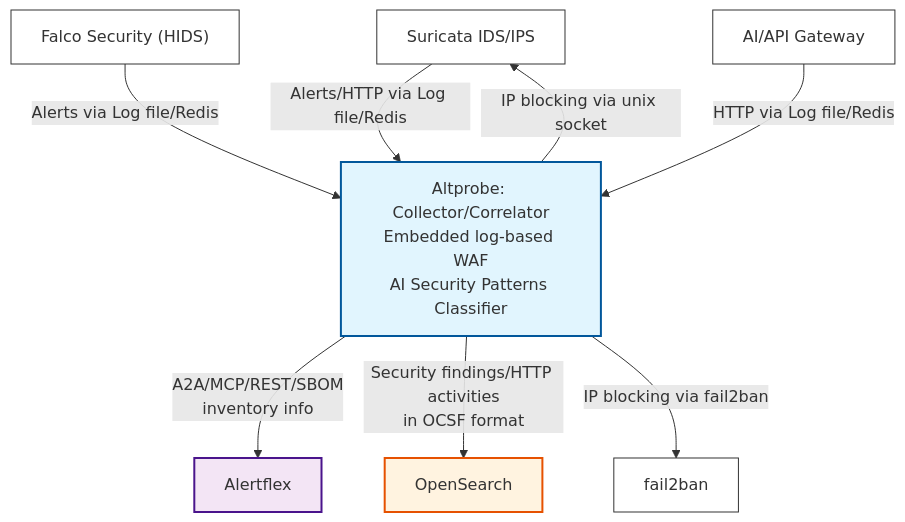
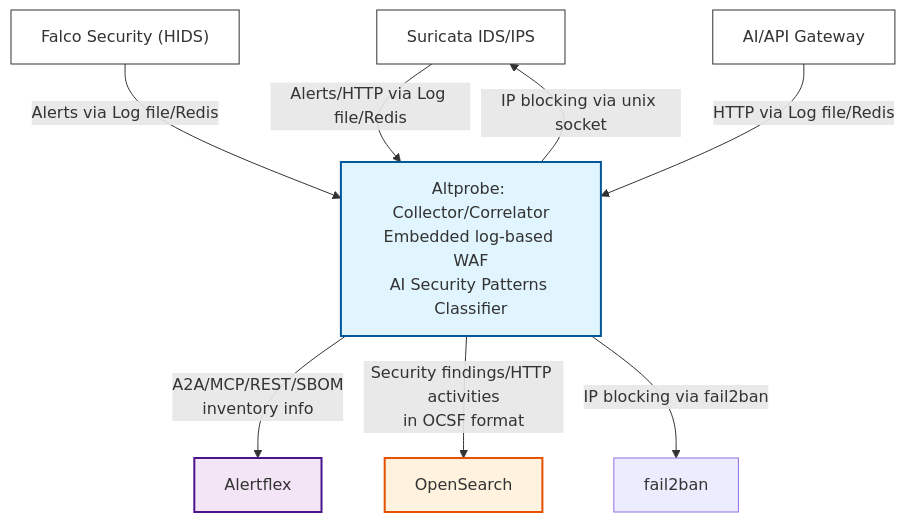
Before and after one commit to olegzhr/altprobe: the diagram in README.md, drawn with Mermaid. The commit also changed other lines of this file, not shown here.

````diff
--- a/README.md
+++ b/README.md
@@ -27,20 +27,19 @@
 ```mermaid
 flowchart TD
     NIDS["Suricata IDS/IPS"] -->|Alerts/HTTP via Log file/Redis| Altprobe
     HIDS["Falco Security (HIDS)"] -->|Alerts via Log file/Redis| Altprobe
     Proxy["AI/API Gateway"] -->|HTTP via Log file/Redis| Altprobe
 
     Altprobe["Altprobe: Collector/Correlator<br/>Embedded log-based WAF<br/>AI Security Patterns Classifier"] -->|A2A/MCP/REST/SBOM<br/> inventory info| Alertflex[Alertflex]
     Altprobe -->|Security findings/HTTP activities<br/>in OCSF format| OpenSearch[OpenSearch]
 
     Altprobe -->|IP blocking via unix socket| NIDS
     Altprobe -->|IP blocking via fail2ban| Fail2ban["fail2ban"]
 
     style NIDS fill:#ffffff,stroke:#333,stroke-width:1px
     style HIDS fill:#ffffff,stroke:#333,stroke-width:1px
     style Proxy fill:#ffffff,stroke:#333,stroke-width:1px
     style Altprobe fill:#e1f5fe,stroke:#01579b,stroke-width:2px
     style Alertflex fill:#f3e5f5,stroke:#4a148c,stroke-width:2px
     style OpenSearch fill:#fff3e0,stroke:#e65100,stroke-width:2px
-    style Fail2ban fill:#ffffff,stroke:#333,stroke-width:1px
 ```
````
